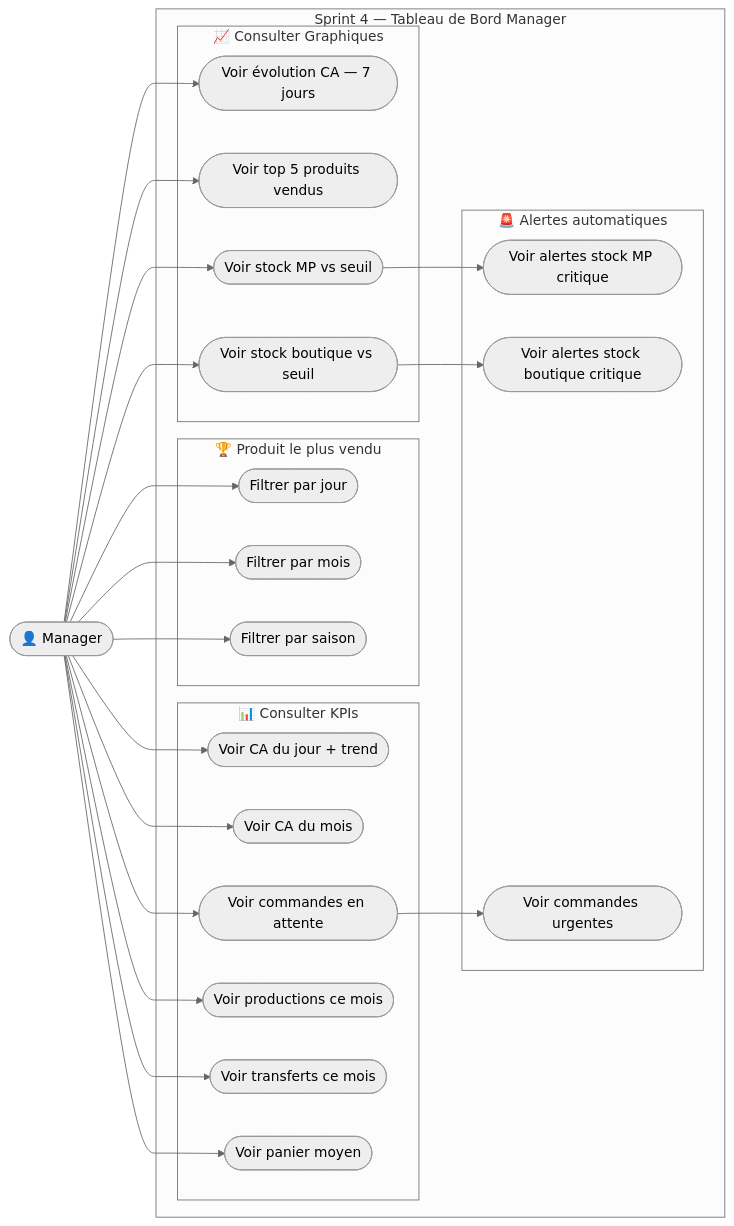
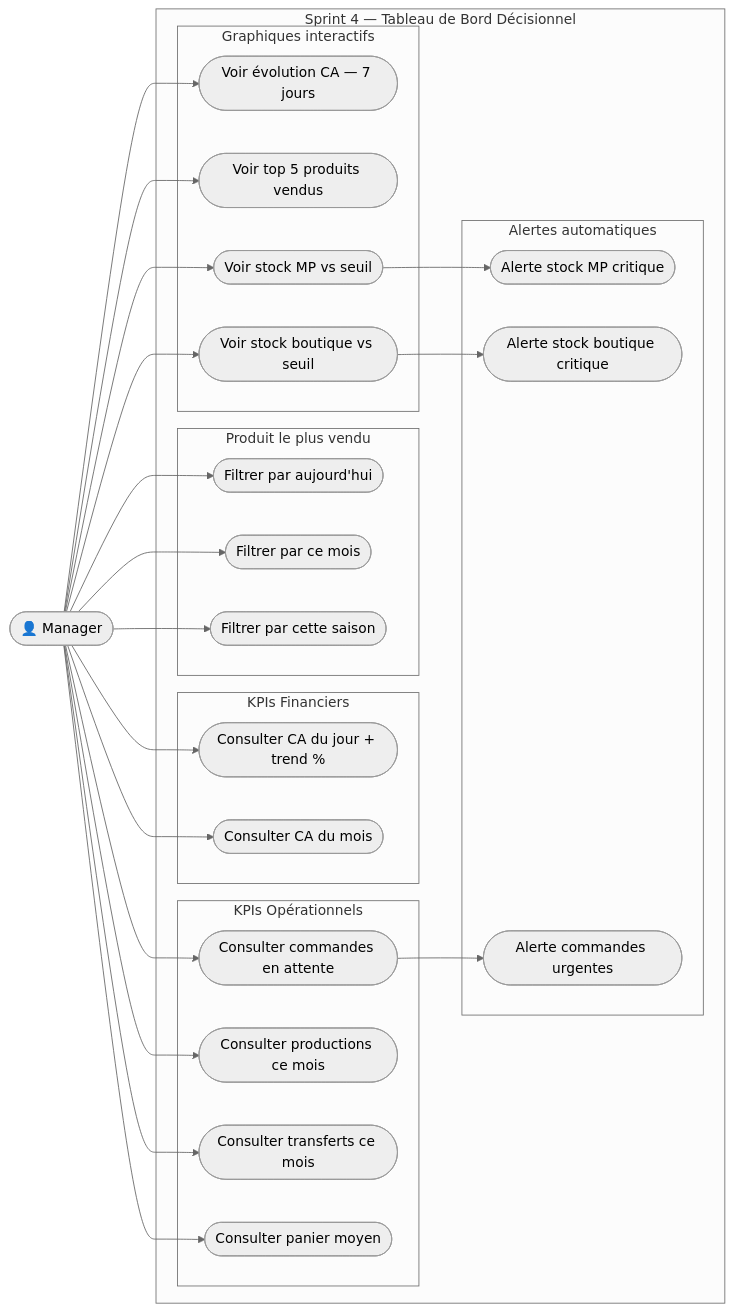
The first of 6 diagrams in rapport_sprint4.md (mo3t3z/smartjuiceM), drawn with Mermaid (neutral theme) before and after one commit. The commit also changed other lines of this file and 4 other files, not shown here.

````diff
--- a/rapport_sprint4.md
+++ b/rapport_sprint4.md
@@ -93,54 +44,57 @@
 ```mermaid
 graph LR
     Manager(["👤 Manager"])
 
-    subgraph SP4["Sprint 4 — Tableau de Bord Manager"]
+    subgraph SP4["Sprint 4 — Tableau de Bord Décisionnel"]
 
-        subgraph KPIs["📊 Consulter KPIs"]
-            UC1(["Voir CA du jour + trend"])
-            UC2(["Voir CA du mois"])
-            UC3(["Voir commandes en attente"])
-            UC4(["Voir productions ce mois"])
-            UC5(["Voir transferts ce mois"])
-            UC6(["Voir panier moyen"])
+        subgraph KPI_FIN["KPIs Financiers"]
+            CU1(["Consulter CA du jour + trend %"])
+            CU2(["Consulter CA du mois"])
         end
 
-        subgraph KPI7["🏆 Produit le plus vendu"]
-            UC7(["Filtrer par jour"])
-            UC8(["Filtrer par mois"])
-            UC9(["Filtrer par saison"])
+        subgraph KPI_OPS["KPIs Opérationnels"]
+            CU3(["Consulter commandes en attente"])
+            CU4(["Consulter productions ce mois"])
+            CU5(["Consulter transferts ce mois"])
+            CU6(["Consulter panier moyen"])
         end
 
-        subgraph Charts["📈 Consulter Graphiques"]
-            UC10(["Voir évolution CA — 7 jours"])
-            UC11(["Voir top 5 produits vendus"])
-            UC12(["Voir stock MP vs seuil"])
-            UC13(["Voir stock boutique vs seuil"])
+        subgraph KPI7["Produit le plus vendu"]
+            CU7(["Filtrer par aujourd'hui"])
+            CU8(["Filtrer par ce mois"])
+            CU9(["Filtrer par cette saison"])
         end
 
-        subgraph Alertes["🚨 Alertes automatiques"]
-            UC14(["Voir alertes stock MP critique"])
-            UC15(["Voir alertes stock boutique critique"])
-            UC16(["Voir commandes urgentes"])
+        subgraph CHARTS["Graphiques interactifs"]
+            CU10(["Voir évolution CA — 7 jours"])
+            CU11(["Voir top 5 produits vendus"])
+            CU12(["Voir stock MP vs seuil"])
+            CU13(["Voir stock boutique vs seuil"])
+        end
+
+        subgraph ALERTES["Alertes automatiques"]
+            CU14(["Alerte stock MP critique"])
+            CU15(["Alerte stock boutique critique"])
+            CU16(["Alerte commandes urgentes"])
         end
 
     end
 
-    Manager --> UC1
-    Manager --> UC2
-    Manager --> UC3
-    Manager --> UC4
-    Manager --> UC5
-    Manager --> UC6
-    Manager --> UC7
-    Manager --> UC8
-    Manager --> UC9
-    Manager --> UC10
-    Manager --> UC11
-    Manager --> UC12
-    Manager --> UC13
+    Manager --> CU1
+    Manager --> CU2
+    Manager --> CU3
+    Manager --> CU4
+    Manager --> CU5
+    Manager --> CU6
+    Manager --> CU7
+    Manager --> CU8
+    Manager --> CU9
+    Manager --> CU10
+    Manager --> CU11
+    Manager --> CU12
+    Manager --> CU13
 
-    UC12 --> UC14
-    UC13 --> UC15
-    UC3  --> UC16
+    CU12 --> CU14
+    CU13 --> CU15
+    CU3  --> CU16
 ```
````
